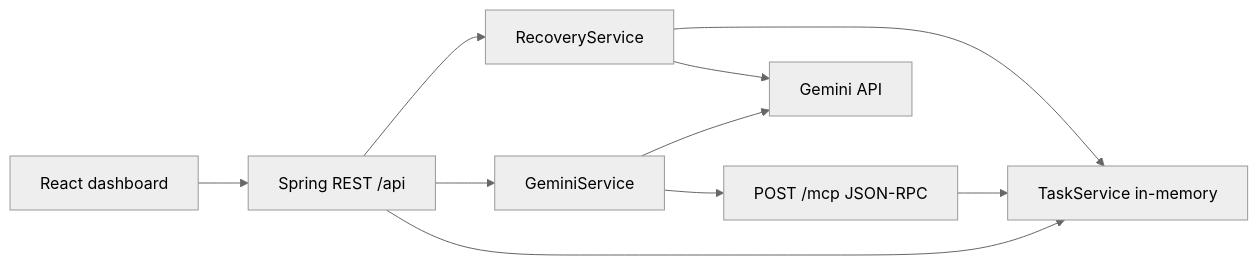
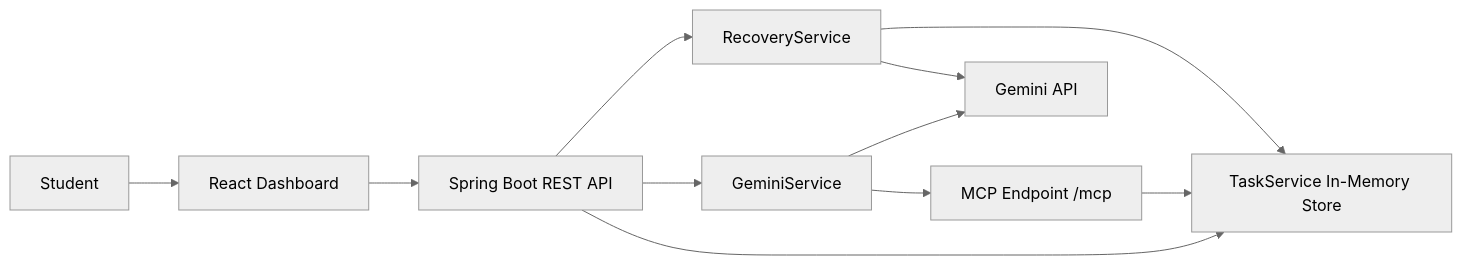
Before and after one commit to aryangaikwad-966/TaskPilot-AI-Study-Recovery-Agent: the diagram in README.md, drawn with Mermaid (neutral theme). The commit also changed other lines of this file, not shown here.

````diff
--- a/README.md
+++ b/README.md
@@ -50,20 +49,22 @@
 ```mermaid
 flowchart LR
-  UI[React dashboard]
-  REST[Spring REST /api]
-  Rec[RecoveryService]
-  Chat[GeminiService]
-  Gemini[Gemini API]
-  MCP[POST /mcp JSON-RPC]
-  Store[TaskService in-memory]
+    Student[Student]
+    UI[React Dashboard]
+    REST[Spring Boot REST API]
+    Recovery[RecoveryService]
+    Chat[GeminiService]
+    Gemini[Gemini API]
+    MCP[MCP Endpoint /mcp]
+    Store[TaskService In-Memory Store]
 
-  UI --> REST
-  REST --> Rec
-  REST --> Chat
-  Rec --> Store
-  Rec --> Gemini
-  Chat --> Gemini
-  Chat --> MCP
-  MCP --> Store
-  REST --> Store
+    Student --> UI
+    UI --> REST
+    REST --> Recovery
+    REST --> Chat
+    Recovery --> Store
+    Recovery --> Gemini
+    Chat --> Gemini
+    Chat --> MCP
+    MCP --> Store
+    REST --> Store
 ```
````
